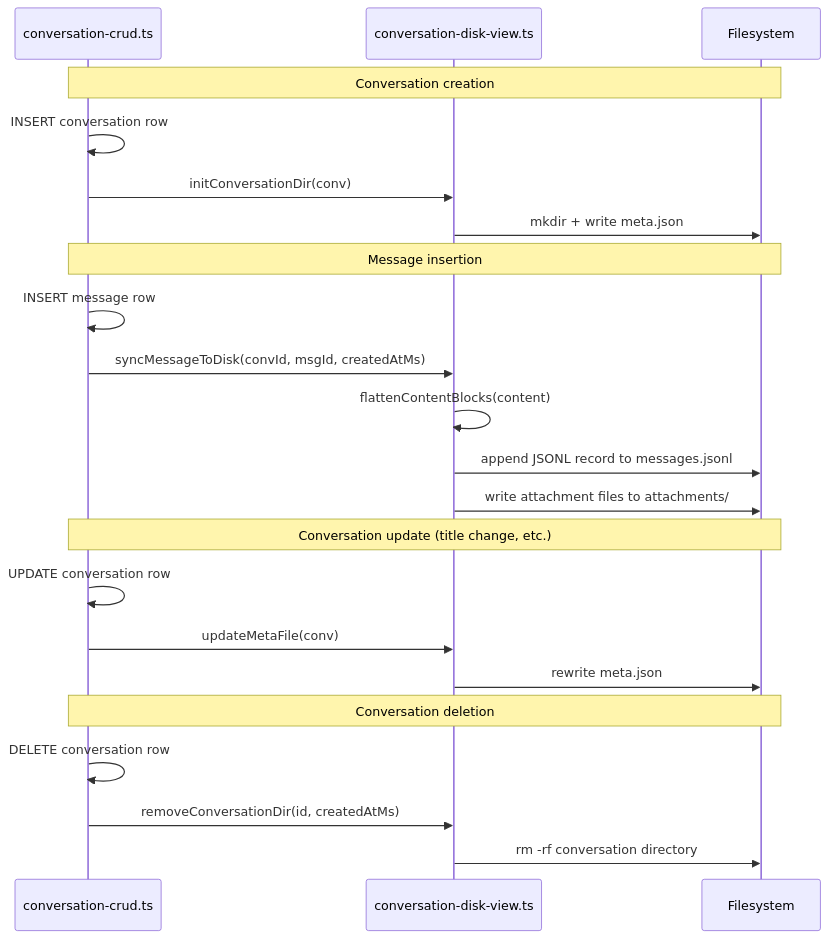
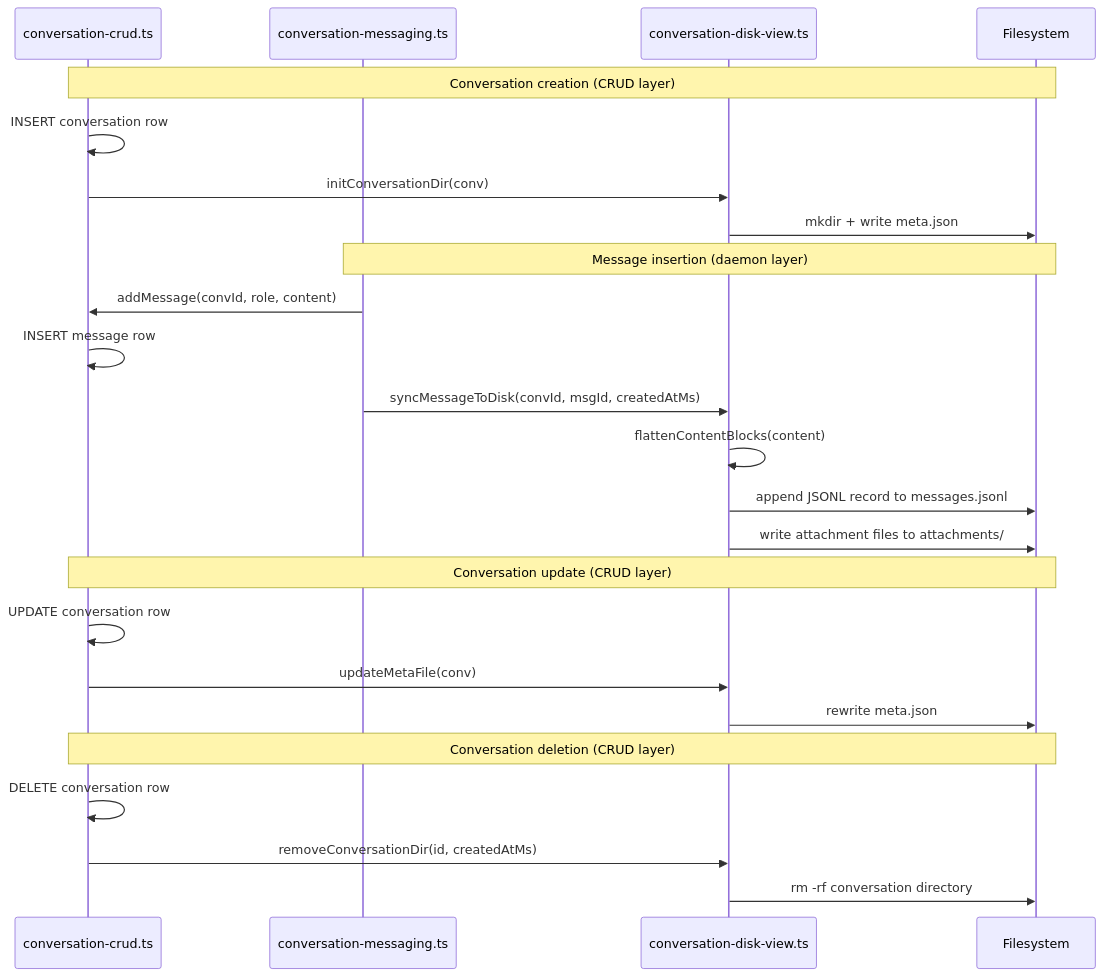
Before and after one commit to vellum-ai/vellum-assistant: the seventh of 7 diagrams in assistant/docs/architecture/integrations.md, drawn with Mermaid. The commit also changed other lines of this file and 2 other files, not shown here.

Commit message:
docs: fix disk view documentation accuracy and update ARCHITECTURE.md diagram
- Correct lockstep sync claim: clarify that syncMessageToDisk is called at the daemon level (conversation-messaging.ts), not from the CRUD addMessage() function
- Replace stale Asset Tools subgraph in ARCHITECTURE.md Mermaid diagram with Conversation Disk View subgraph
- Add privacy note about conversation data being included in workspace diagnostic exports
- Exclude conversations/ directory from workspace diagnostic exports to protect user privacy

````diff
--- a/assistant/docs/architecture/integrations.md
+++ b/assistant/docs/architecture/integrations.md
@@ -539,28 +541,30 @@
 ```mermaid
 sequenceDiagram
     participant CRUD as conversation-crud.ts
+    participant Daemon as conversation-messaging.ts
     participant DiskView as conversation-disk-view.ts
     participant FS as Filesystem
 
-    Note over CRUD,FS: Conversation creation
+    Note over CRUD,FS: Conversation creation (CRUD layer)
     CRUD->>CRUD: INSERT conversation row
     CRUD->>DiskView: initConversationDir(conv)
     DiskView->>FS: mkdir + write meta.json
 
-    Note over CRUD,FS: Message insertion
+    Note over Daemon,FS: Message insertion (daemon layer)
+    Daemon->>CRUD: addMessage(convId, role, content)
     CRUD->>CRUD: INSERT message row
-    CRUD->>DiskView: syncMessageToDisk(convId, msgId, createdAtMs)
+    Daemon->>DiskView: syncMessageToDisk(convId, msgId, createdAtMs)
     DiskView->>DiskView: flattenContentBlocks(content)
     DiskView->>FS: append JSONL record to messages.jsonl
     DiskView->>FS: write attachment files to attachments/
 
-    Note over CRUD,FS: Conversation update (title change, etc.)
+    Note over CRUD,FS: Conversation update (CRUD layer)
     CRUD->>CRUD: UPDATE conversation row
     CRUD->>DiskView: updateMetaFile(conv)
     DiskView->>FS: rewrite meta.json
 
-    Note over CRUD,FS: Conversation deletion
+    Note over CRUD,FS: Conversation deletion (CRUD layer)
     CRUD->>CRUD: DELETE conversation row
     CRUD->>DiskView: removeConversationDir(id, createdAtMs)
     DiskView->>FS: rm -rf conversation directory
 ```
````
